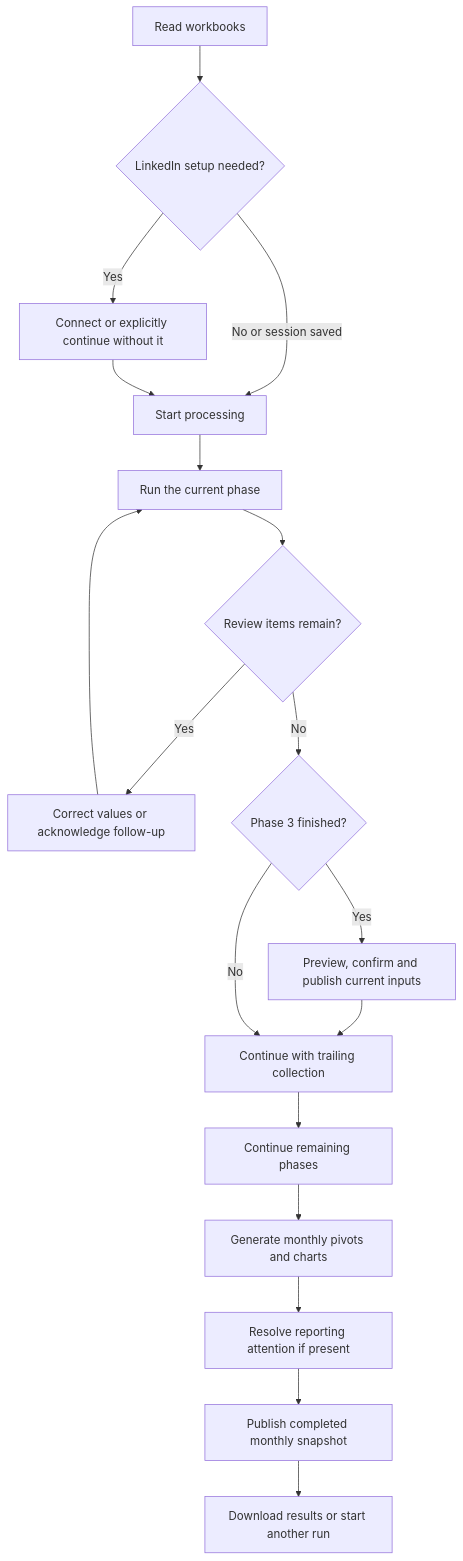
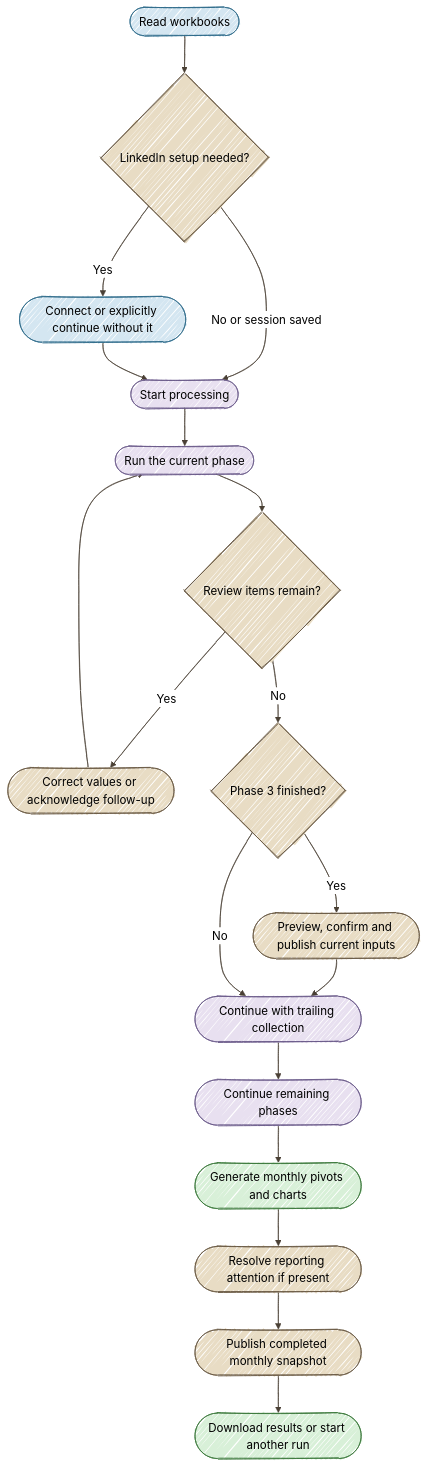
One commit to danieloh30/impact-metrics-appdev changed the diagram in docs/site/run/workflow.md. Above: the diagram before and after it, drawn with Mermaid. The commit also changed 8 other files, not shown here.

Commit message:
Apply hand-drawn Mermaid style and document dev.sh startup

````diff
--- a/docs/site/run/workflow.md
+++ b/docs/site/run/workflow.md
@@ -17,20 +17,38 @@
 ```mermaid
+%%{init: {'look':'handDrawn','theme':'neutral','themeVariables': {'lineColor':'#4A4035'}}}%%
 flowchart TD
-  A[Read workbooks] --> B{LinkedIn setup needed?}
-  B -->|No or session saved| C[Start processing]
-  B -->|Yes| L[Connect or explicitly continue without it]
+  A([Read workbooks]) --> B{LinkedIn setup needed?}
+  B -->|No or session saved| C([Start processing])
+  B -->|Yes| L([Connect or explicitly continue without it])
   L --> C
-  C --> D[Run the current phase]
+  C --> D([Run the current phase])
   D --> E{Review items remain?}
-  E -->|Yes| R[Correct values or acknowledge follow-up]
+  E -->|Yes| R([Correct values or acknowledge follow-up])
   R --> D
   E -->|No| F{Phase 3 finished?}
-  F -->|Yes| P[Preview, confirm and publish current inputs]
-  P --> N[Continue with trailing collection]
+  F -->|Yes| P([Preview, confirm and publish current inputs])
+  P --> N([Continue with trailing collection])
   F -->|No| N
-  N --> G[Continue remaining phases]
-  G --> H[Generate monthly pivots and charts]
-  H --> I[Resolve reporting attention if present]
-  I --> J[Publish completed monthly snapshot]
-  J --> K[Download results or start another run]
+  N --> G([Continue remaining phases])
+  G --> H([Generate monthly pivots and charts])
+  H --> I([Resolve reporting attention if present])
+  I --> J([Publish completed monthly snapshot])
+  J --> K([Download results or start another run])
+
+  style A fill:#D4E6F1,stroke:#2E6B8A
+  style B fill:#E8DCC4,stroke:#6B5B45
+  style C fill:#E8E0F0,stroke:#6B5B8A
+  style L fill:#D4E6F1,stroke:#2E6B8A
+  style D fill:#E8E0F0,stroke:#6B5B8A
+  style E fill:#E8DCC4,stroke:#6B5B45
+  style R fill:#E8DCC4,stroke:#6B5B45
+  style F fill:#E8DCC4,stroke:#6B5B45
+  style P fill:#E8DCC4,stroke:#6B5B45
+  style N fill:#E8E0F0,stroke:#6B5B8A
+  style G fill:#E8E0F0,stroke:#6B5B8A
+  style H fill:#D8F0D8,stroke:#3D7A3D
+  style I fill:#E8DCC4,stroke:#6B5B45
+  style J fill:#E8DCC4,stroke:#6B5B45
+  style K fill:#D8F0D8,stroke:#3D7A3D
+  linkStyle default stroke:#4A4035
 ```
````
